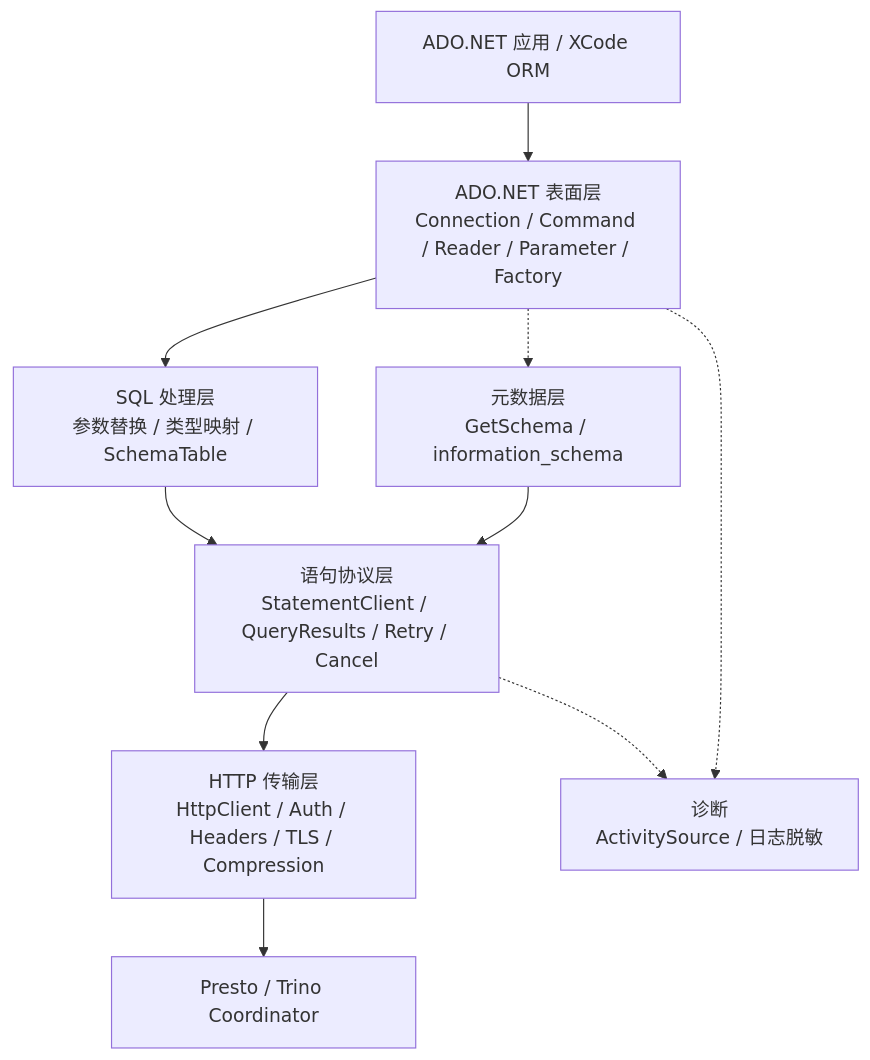
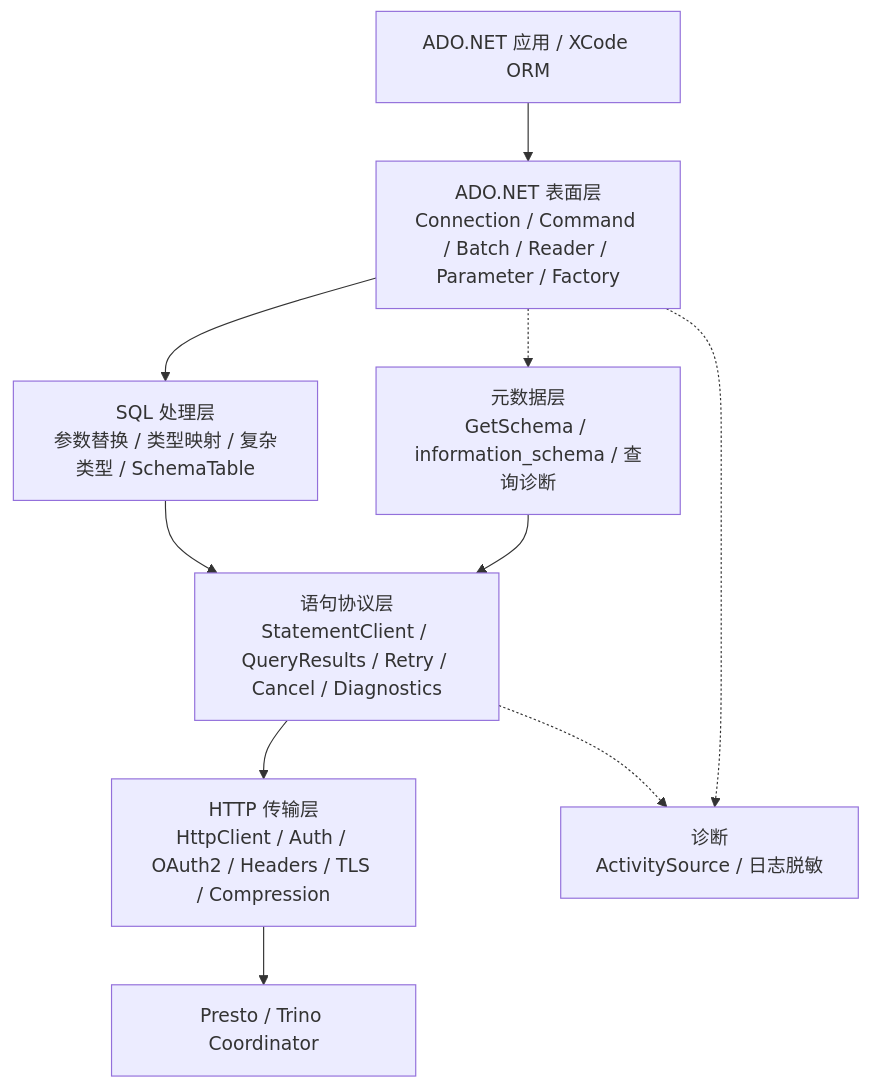
Before and after one commit to NewLifeX/NewLife.Presto: the first of 4 diagrams in Doc/架构设计.md, drawn with Mermaid. The commit also changed other lines of this file and 30 other files, not shown here.

````diff
--- a/Doc/架构设计.md
+++ b/Doc/架构设计.md
@@ -10,12 +10,12 @@
 ```mermaid
 flowchart TB
-    App[ADO.NET 应用 / XCode ORM] --> Surface[ADO.NET 表面层<br/>Connection / Command / Reader / Parameter / Factory]
-    Surface --> Sql[SQL 处理层<br/>参数替换 / 类型映射 / SchemaTable]
-    Sql --> Protocol[语句协议层<br/>StatementClient / QueryResults / Retry / Cancel]
-    Protocol --> Http[HTTP 传输层<br/>HttpClient / Auth / Headers / TLS / Compression]
+    App[ADO.NET 应用 / XCode ORM] --> Surface[ADO.NET 表面层<br/>Connection / Command / Batch / Reader / Parameter / Factory]
+    Surface --> Sql[SQL 处理层<br/>参数替换 / 类型映射 / 复杂类型 / SchemaTable]
+    Sql --> Protocol[语句协议层<br/>StatementClient / QueryResults / Retry / Cancel / Diagnostics]
+    Protocol --> Http[HTTP 传输层<br/>HttpClient / Auth / OAuth2 / Headers / TLS / Compression]
     Http --> Server[Presto / Trino Coordinator]
-    Surface -.-> Meta[元数据层<br/>GetSchema / information_schema]
+    Surface -.-> Meta[元数据层<br/>GetSchema / information_schema / 查询诊断]
     Meta --> Protocol
     Surface -.-> Diag[诊断<br/>ActivitySource / 日志脱敏]
     Protocol -.-> Diag
 ```
````
